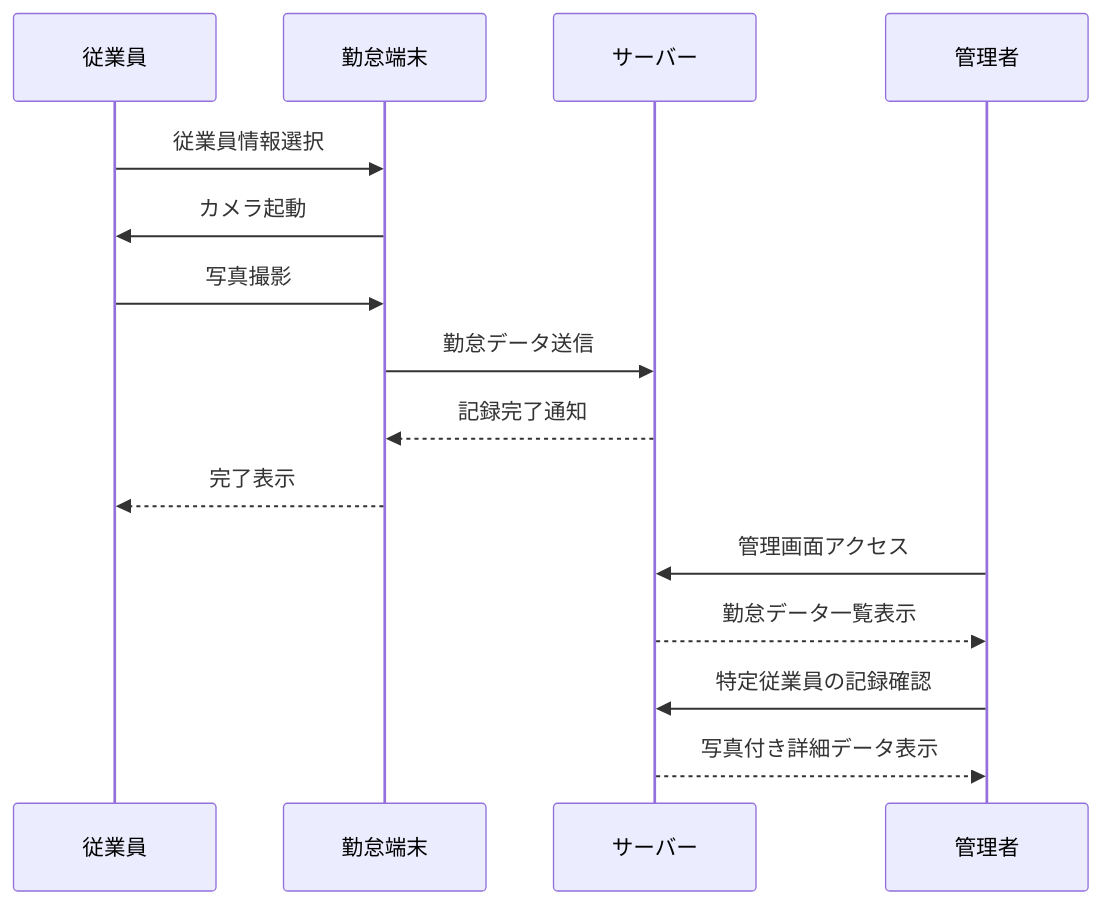
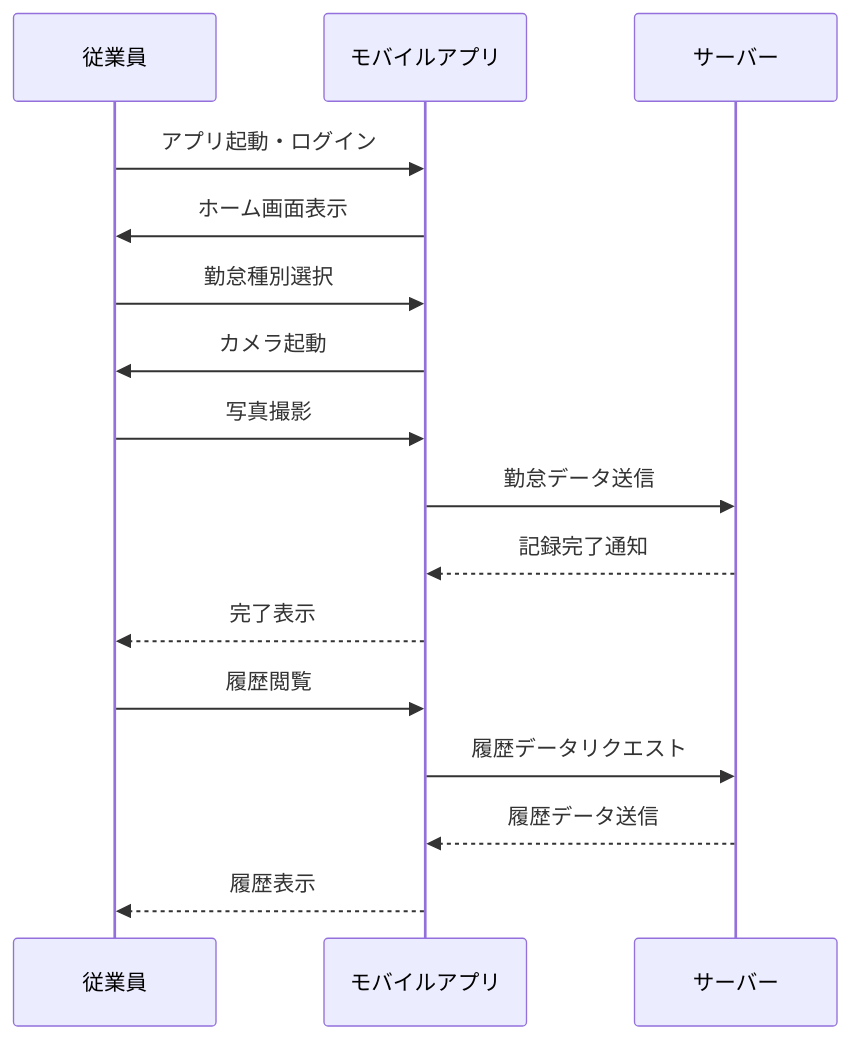
Before and after one commit to yamasaw/attendance-management-mobile-by-ai-driven: the second of 2 diagrams in doc/business_requirements.md, drawn with Mermaid. The commit also changed other lines of this file and 4 other files, not shown here.

````diff
--- a/doc/business_requirements.md
+++ b/doc/business_requirements.md
@@ -88,19 +71,19 @@
 ```mermaid
 sequenceDiagram
     participant E as 従業員
-    participant T as 勤怠端末
+    participant A as モバイルアプリ
     participant S as サーバー
-    participant A as 管理者
     
-    E->>T: 従業員情報選択
-    T->>E: カメラ起動
-    E->>T: 写真撮影
-    T->>S: 勤怠データ送信
-    S-->>T: 記録完了通知
-    T-->>E: 完了表示
-    
-    A->>S: 管理画面アクセス
-    S-->>A: 勤怠データ一覧表示
-    A->>S: 特定従業員の記録確認
-    S-->>A: 写真付き詳細データ表示
+    E->>A: アプリ起動・ログイン
+    A->>E: ホーム画面表示
+    E->>A: 勤怠種別選択
+    A->>E: カメラ起動
+    E->>A: 写真撮影
+    A->>S: 勤怠データ送信
+    S-->>A: 記録完了通知
+    A-->>E: 完了表示
+    E->>A: 履歴閲覧
+    A->>S: 履歴データリクエスト
+    S-->>A: 履歴データ送信
+    A-->>E: 履歴表示
 ```
````
